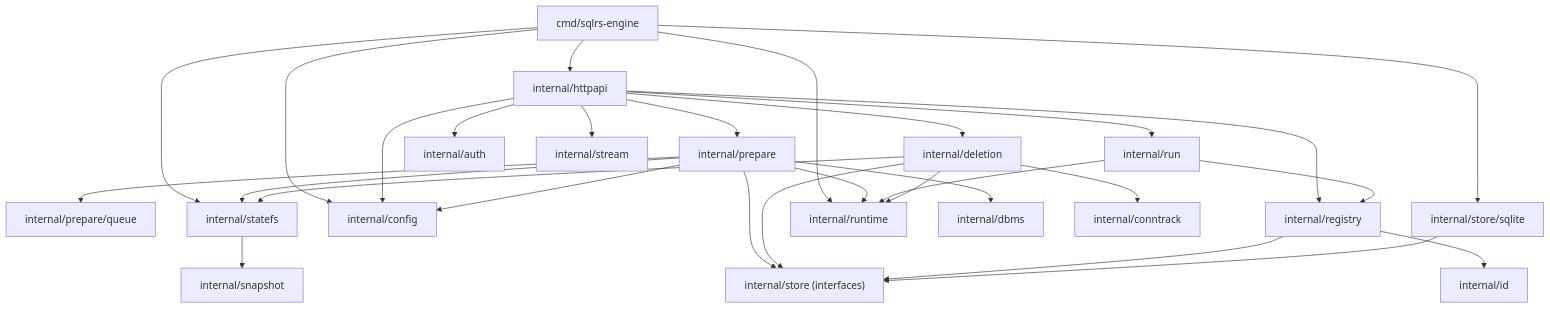
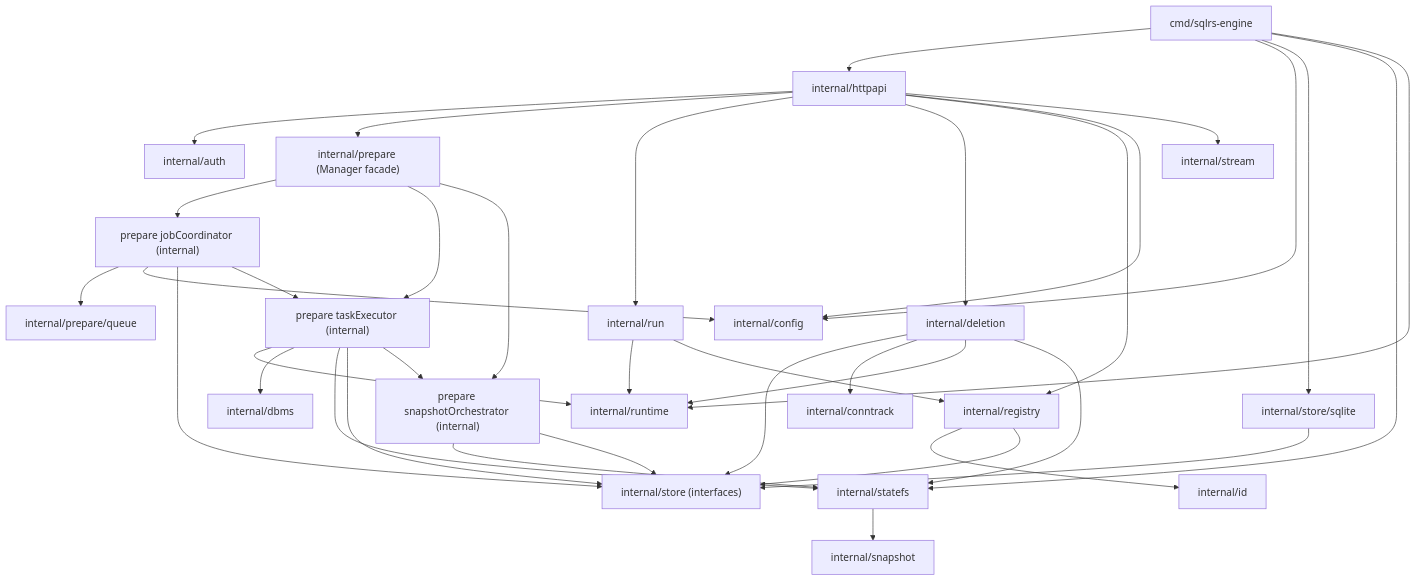
One commit to kimak-irmagi/taidon changed the diagram in docs/architecture/local-engine-component-structure.RU.md. Above: the diagram before and after it, drawn with Mermaid. The commit also changed other lines of this file and 44 other files, not shown here.

````diff
--- a/docs/architecture/local-engine-component-structure.RU.md
+++ b/docs/architecture/local-engine-component-structure.RU.md
@@ -90,54 +101,65 @@
 ```mermaid
 flowchart TD
   CMD["cmd/sqlrs-engine"]
   HTTP["internal/httpapi"]
-  PREP["internal/prepare"]
+  PREP["internal/prepare (Manager facade)"]
+  PREP_COORD["prepare jobCoordinator (internal)"]
+  PREP_EXEC["prepare taskExecutor (internal)"]
+  PREP_SNAP["prepare snapshotOrchestrator (internal)"]
   QUEUE["internal/prepare/queue"]
   RUN["internal/run"]
   DEL["internal/deletion"]
   REG["internal/registry"]
   AUTH["internal/auth"]
   CFG["internal/config"]
   STORE["internal/store (interfaces)"]
   SQLITE["internal/store/sqlite"]
   STATEFS["internal/statefs"]
   SNAPSHOT["internal/snapshot"]
   RT["internal/runtime"]
   DBMS["internal/dbms"]
   CONN["internal/conntrack"]
   ID["internal/id"]
   STREAM["internal/stream"]
 
   CMD --> HTTP
   CMD --> CFG
   CMD --> SQLITE
   CMD --> STATEFS
   CMD --> RT
 
   HTTP --> AUTH
   HTTP --> PREP
   HTTP --> RUN
   HTTP --> DEL
   HTTP --> REG
   HTTP --> CFG
   HTTP --> STREAM
 
-  PREP --> QUEUE
-  PREP --> RT
-  PREP --> DBMS
-  PREP --> STATEFS
-  PREP --> STORE
-  PREP --> CFG
+  PREP --> PREP_COORD
+  PREP --> PREP_EXEC
+  PREP --> PREP_SNAP
+  PREP_COORD --> QUEUE
+  PREP_COORD --> CFG
+  PREP_COORD --> STORE
+  PREP_COORD --> PREP_EXEC
+  PREP_EXEC --> RT
+  PREP_EXEC --> DBMS
+  PREP_EXEC --> STATEFS
+  PREP_EXEC --> STORE
+  PREP_EXEC --> PREP_SNAP
+  PREP_SNAP --> STATEFS
+  PREP_SNAP --> STORE
 
   RUN --> RT
   RUN --> REG
   DEL --> STORE
   DEL --> CONN
   DEL --> RT
   DEL --> STATEFS
   REG --> ID
   REG --> STORE
 
   STATEFS --> SNAPSHOT
   SQLITE --> STORE
 ```
````
